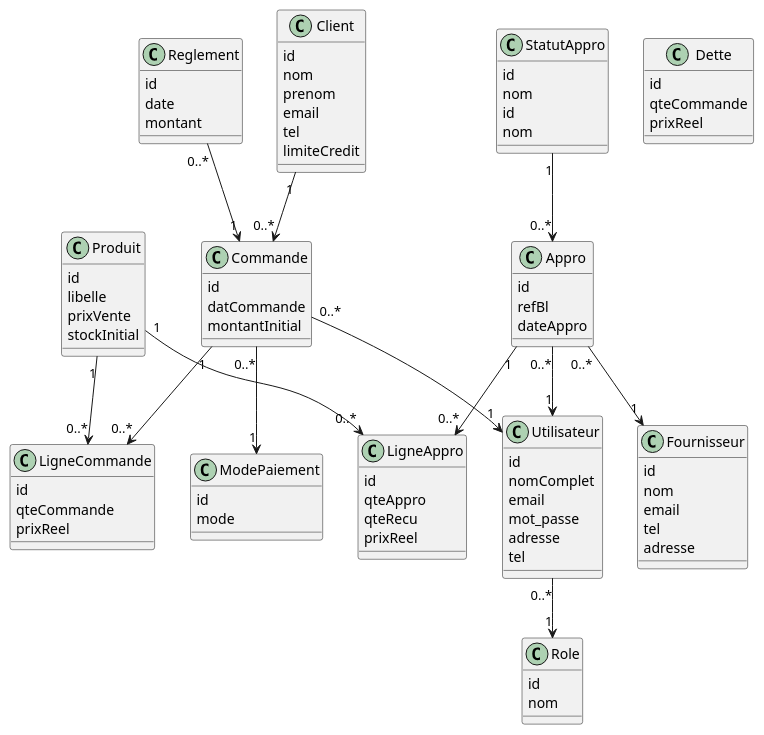
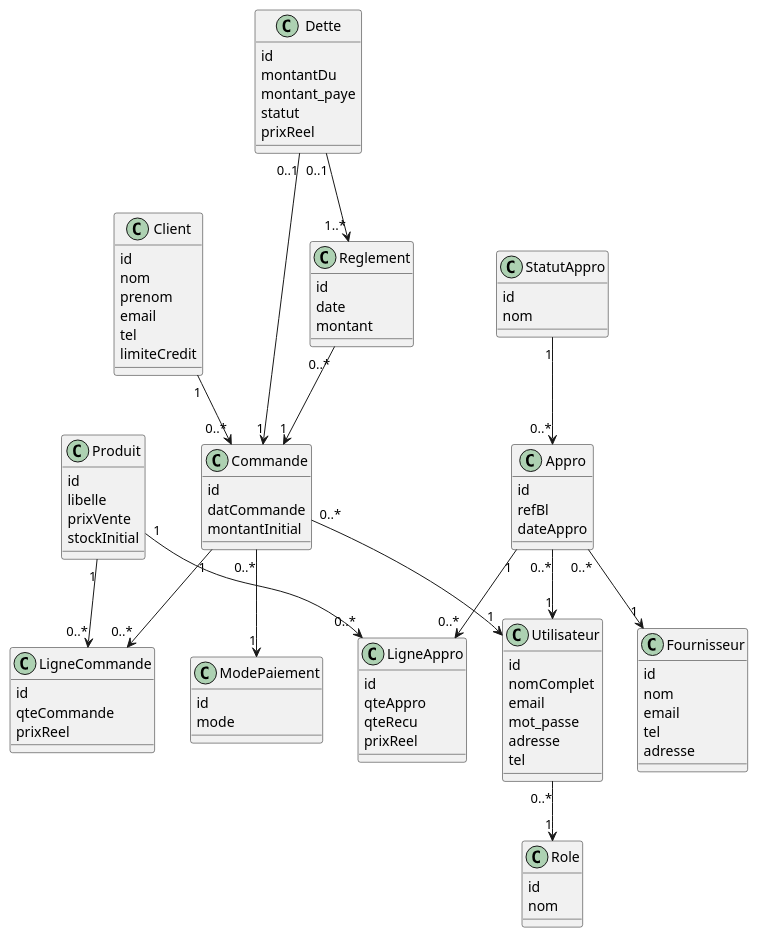
The diagram in docs/class/class.puml (khadijadiop-g/POS), drawn with PlantUML before and after one commit. The commit also changed 19 other files, not shown here.

```diff
--- a/docs/class/class.puml
+++ b/docs/class/class.puml
@@ -1,116 +1,114 @@
 @startuml Diagramme de classe
 
 class Utilisateur {
      id 
      nomComplet
      email
      mot_passe 
      adresse
      tel
 }
 
 class Role {
      id 
      nom
 }
 
 class Client{
      id 
      nom
      prenom
      email
      tel
      limiteCredit 
 }
 
 class Commande{
      id 
      datCommande 
      montantInitial 
 }
 
 class Dette{
      id 
-     qteCommande 
+     montantDu
+     montant_paye
+     statut 
      prixReel 
 }
-
-class StatutAppro{
-     id 
-     nom
-}
-
 
 class LigneCommande{
      id 
      qteCommande 
      prixReel 
 }
 
 class ModePaiement{
      id 
      mode
 }
 
 class Reglement{
      id 
      date 
      montant 
 }
 
 class Produit{
      id 
      libelle
      prixVente 
      stockInitial 
 }
 
 class Fournisseur{
     id 
     nom
     email
     tel
     adresse
 }
 
 class StatutAppro{
      id 
      nom
 }
 
 class Appro{
      id 
      refBl
      dateAppro 
 }
 
 class LigneAppro{
      id 
      qteAppro 
      qteRecu 
      prixReel 
 
 
 }
 
 
 Utilisateur "0..*" --> "1" Role 
 Client "1" --> "0..*" Commande 
 Commande "1" --> "0..*" LigneCommande 
 Produit "1" --> "0..*" LigneCommande 
 
 Appro "0..*" --> "1" Fournisseur 
 Appro "1" --> "0..*" LigneAppro 
 Produit "1" --> "0..*" LigneAppro 
 
 StatutAppro "1" --> "0..*" Appro 
 Commande "0..*" --> "1" ModePaiement 
 Reglement "0..*" --> "1" Commande 
 
 Appro "0..*" --> "1" Utilisateur 
 Commande "0..*" --> "1" Utilisateur
+Dette "0..1" --> "1" Commande
+Dette "0..1" --> "1..*" Reglement
 
 
 
 
 @enduml
```
